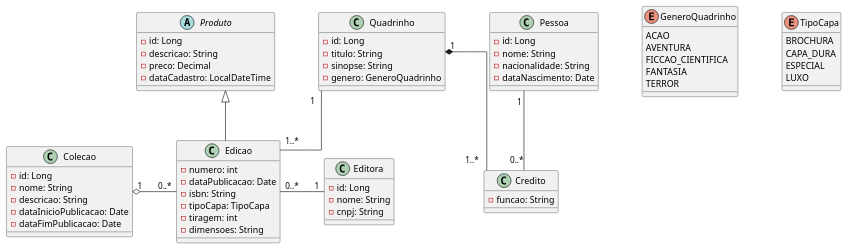
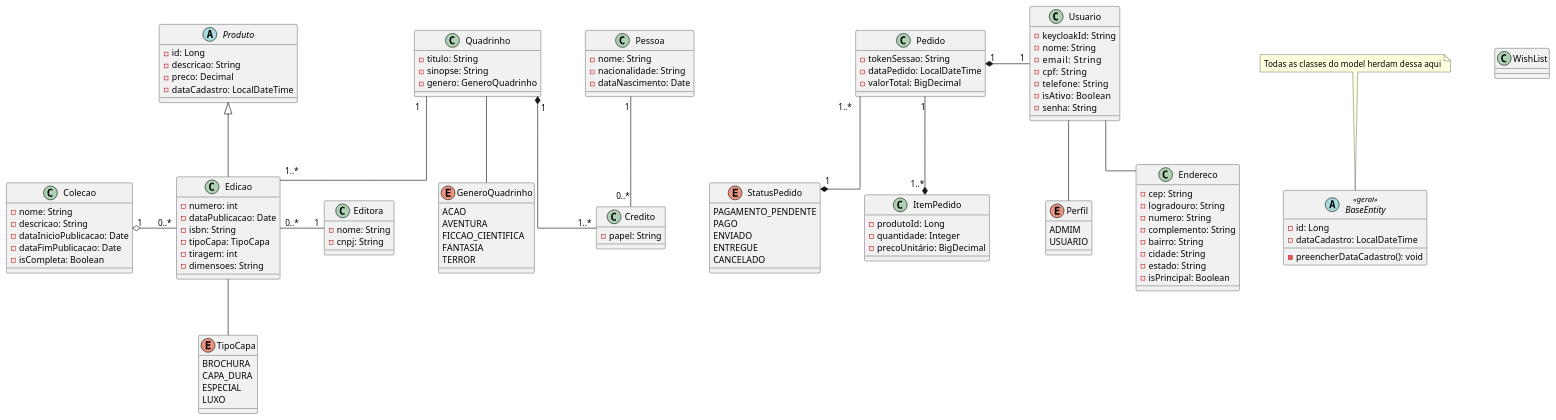
One commit to leonardo-Trex/kuasys changed the diagram in classDiagram.plantuml. Above: the diagram before and after it, drawn with PlantUML.

Commit message:
UML: Melhora o diagrama de classes
- O diagrama agora reflete o estado atual das
  classes do pacote Model;
- Ainda não está 100%

```diff
--- a/classDiagram.plantuml
+++ b/classDiagram.plantuml
@@ -1,92 +1,164 @@
 @startuml e-commerce
 
 skinparam nodesep 70
 skinparam ranksep 70
 skinparam linetype ortho
 
 ' =====================
 ' ENUMS
 ' =====================
 
 enum GeneroQuadrinho {
   ACAO
   AVENTURA
   FICCAO_CIENTIFICA
   FANTASIA
   TERROR
 }
 
 enum TipoCapa {
   BROCHURA
   CAPA_DURA
   ESPECIAL
   LUXO
 }
 
+enum StatusPedido {
+    PAGAMENTO_PENDENTE
+    PAGO
+    ENVIADO
+    ENTREGUE
+    CANCELADO
+}
+
+enum Perfil {
+    ADMIM
+    USUARIO
+}
+
 ' =====================
 ' CLASSES
 ' =====================
 
 abstract class Produto {
   - id: Long
   - descricao: String
   - preco: Decimal
   - dataCadastro: LocalDateTime
+}
+
+abstract class BaseEntity << geral >>{
+    - id: Long
+    - dataCadastro: LocalDateTime
+    - preencherDataCadastro(): void
+}
+
+class Usuario {
+    - keycloakId: String
+    - nome: String
+    - email:    String
+    - cpf:  String
+    - telefone:  String
+    - isAtivo:  Boolean
+    - senha: String
+}
+
+class WishList {
+
+}
+
+class Pedido {
+    - tokenSessao: String
+    - dataPedido: LocalDateTime
+    - valorTotal: BigDecimal
+}
+
+class ItemPedido {
+    - produtoId: Long
+    - quantidade: Integer
+    - precoUnitário: BigDecimal
+}
+
+class Endereco {
+    - cep: String
+    - logradouro: String
+    - numero: String
+    - complemento: String
+    - bairro: String
+    - cidade: String
+    - estado: String
+    - isPrincipal: Boolean
 }
 
 class Edicao {
   - numero: int
   - dataPublicacao: Date
   - isbn: String
   - tipoCapa: TipoCapa
   - tiragem: int
   - dimensoes: String
 }
 
 class Quadrinho {
-  - id: Long
   - titulo: String
   - sinopse: String
   - genero: GeneroQuadrinho
 }
 
 class Colecao {
-  - id: Long
   - nome: String
   - descricao: String
   - dataInicioPublicacao: Date
   - dataFimPublicacao: Date
+'  Esse cara aqui pode ser calculado, se dataFimPublicação == null
+  - isCompleta: Boolean
 }
 
 class Editora {
-  - id: Long
   - nome: String
   - cnpj: String
 }
 
 class Pessoa {
-  - id: Long
   - nome: String
   - nacionalidade: String
   - dataNascimento: Date
 }
 
 class Credito {
-  - funcao: String  
+  - papel: String
 }
 
 ' =====================
 ' RELACIONAMENTOS
 ' =====================
 
 Produto <|-- Edicao
 
 Quadrinho "1" -down- "1..*" Edicao
 Quadrinho "1" *-- "1..*" Credito
 Pessoa "1" -- "0..*" Credito
 
 Editora "1" -left- "0..*" Edicao
 
 Colecao "1" o-right- "0..*" Edicao
 
+Pedido "1" --* "1..*" ItemPedido
+Pedido "1..*" --* "1" StatusPedido
+Pedido "1" *-right- "1" Usuario
+
+Usuario -- Endereco
+Usuario -- Perfil
+
+Edicao -- TipoCapa
+Quadrinho -- GeneroQuadrinho
+
+' ======================
+'         NOTAS
+' ======================
+
+note "Todas as classes do model herdam dessa aqui" as N1
+
+N1 .. BaseEntity
+
 @enduml
```
